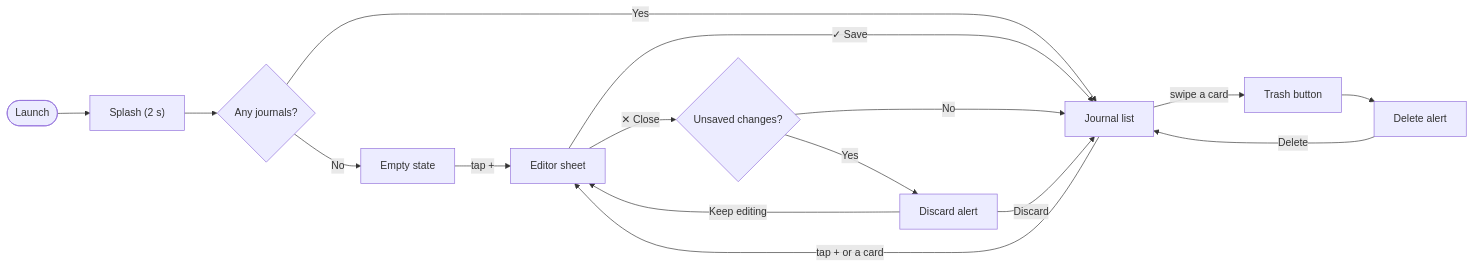
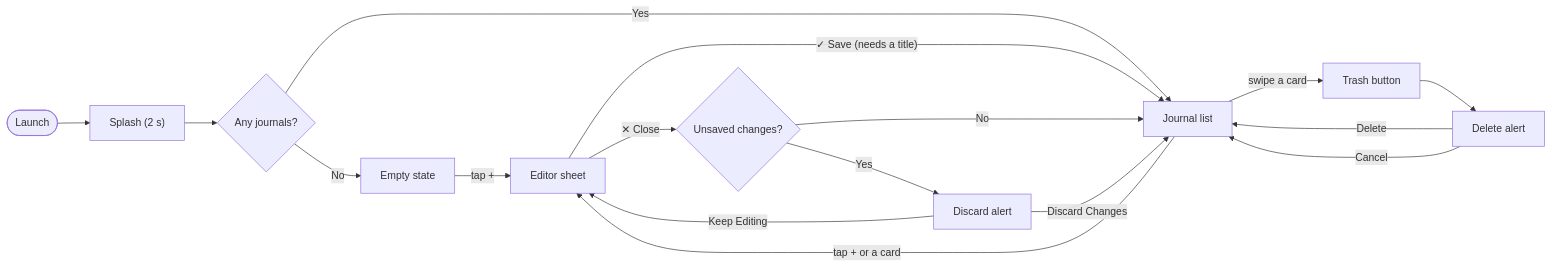
Before and after one commit to nadawaja/Journali: the first of 2 diagrams in README.md, drawn with Mermaid. The commit also changed other lines of this file, not shown here.

````diff
--- a/README.md
+++ b/README.md
@@ -47,18 +48,19 @@
 ```mermaid
 flowchart LR
     A(["Launch"]) --> B["Splash (2 s)"]
     B --> C{"Any journals?"}
     C -->|No| D["Empty state"]
     C -->|Yes| E["Journal list"]
     D -->|"tap +"| F["Editor sheet"]
     E -->|"tap + or a card"| F
-    F -->|"✓ Save"| E
+    F -->|"✓ Save (needs a title)"| E
     F -->|"✕ Close"| G{"Unsaved changes?"}
     G -->|No| E
     G -->|Yes| H["Discard alert"]
-    H -->|"Discard"| E
-    H -->|"Keep editing"| F
+    H -->|"Discard Changes"| E
+    H -->|"Keep Editing"| F
     E -->|"swipe a card"| I["Trash button"]
     I --> J["Delete alert"]
     J -->|"Delete"| E
+    J -->|"Cancel"| E
 ```
````
